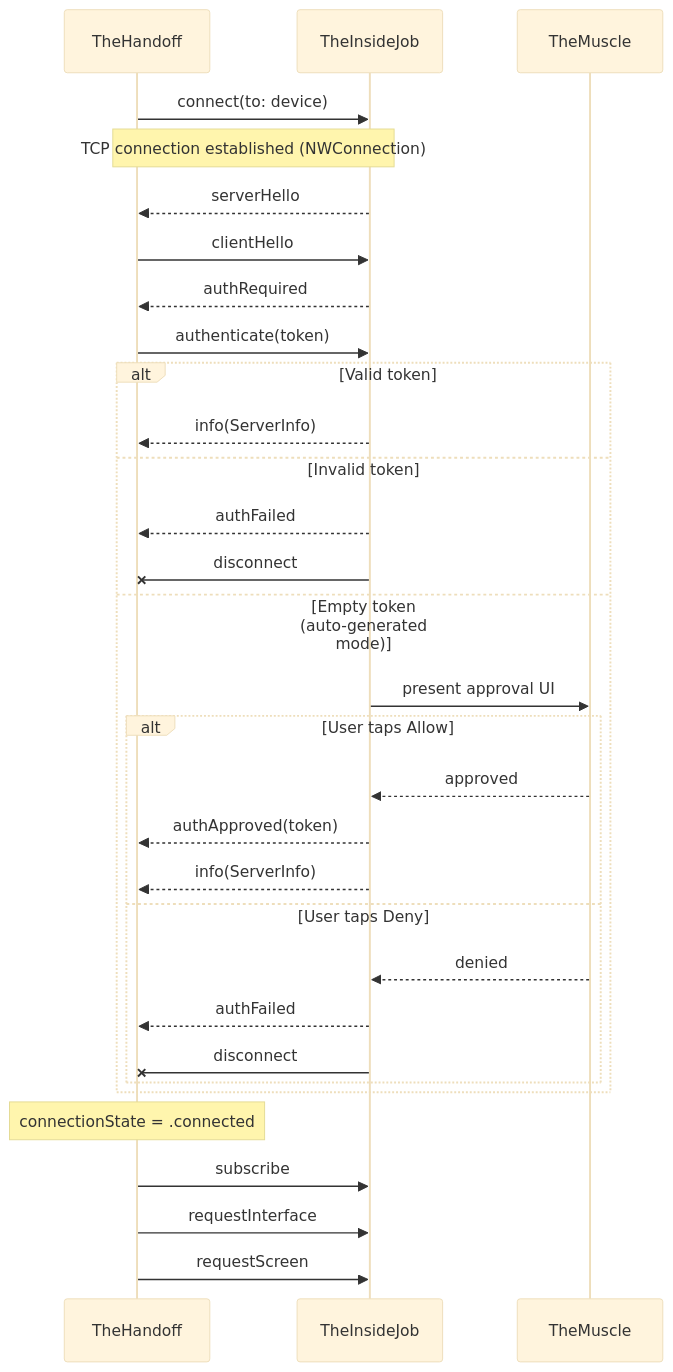
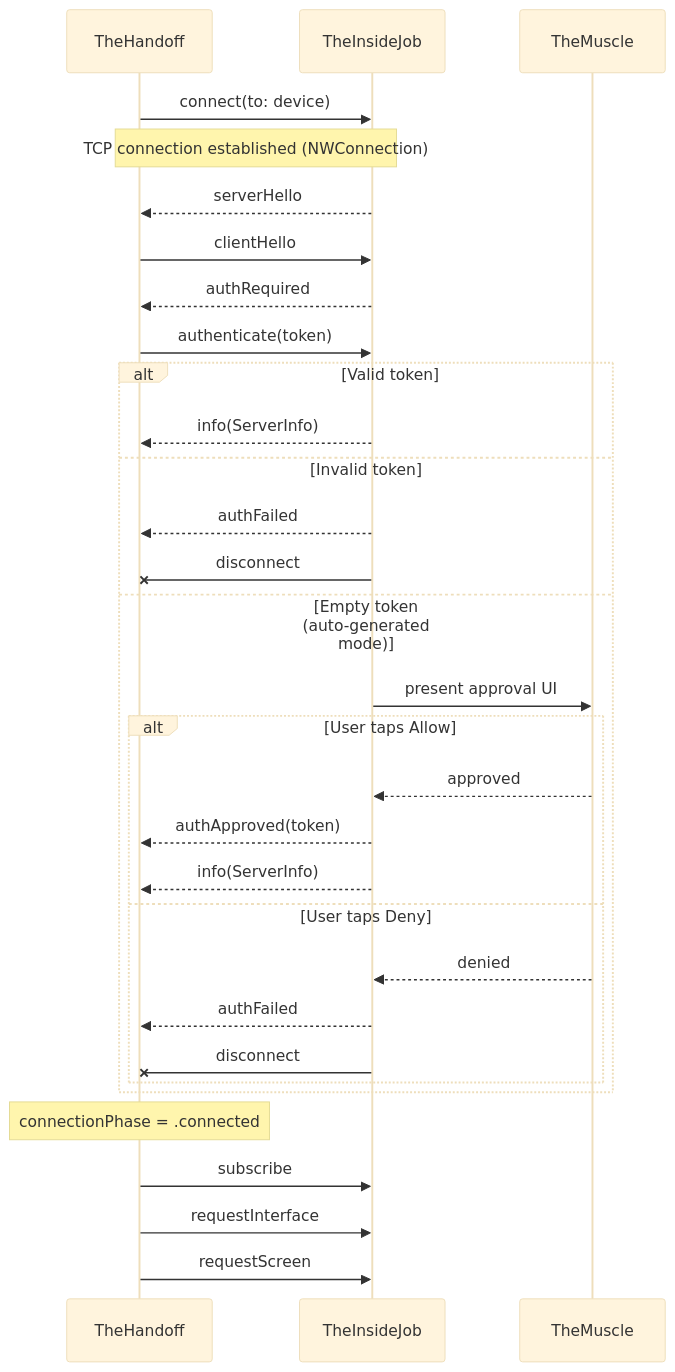
One commit to RoyalPineapple/TheButtonHeist changed the sixth of 10 diagrams in docs/ARCHITECTURE.md. Above: the diagram before and after it, drawn with Mermaid (base theme). The commit also changed 11 other files, not shown here.

````diff
--- a/docs/ARCHITECTURE.md
+++ b/docs/ARCHITECTURE.md
@@ -475,37 +475,37 @@
 ```mermaid
 sequenceDiagram
     participant HC as TheHandoff
     participant IJ as TheInsideJob
     participant TM as TheMuscle
 
     HC->>IJ: connect(to: device)
     Note over HC,IJ: TCP connection established (NWConnection)
     IJ-->>HC: serverHello
     HC->>IJ: clientHello
     IJ-->>HC: authRequired
 
     HC->>IJ: authenticate(token)
 
     alt Valid token
         IJ-->>HC: info(ServerInfo)
     else Invalid token
         IJ-->>HC: authFailed
         IJ-xHC: disconnect
     else Empty token (auto-generated mode)
         IJ->>TM: present approval UI
         alt User taps Allow
             TM-->>IJ: approved
             IJ-->>HC: authApproved(token)
             IJ-->>HC: info(ServerInfo)
         else User taps Deny
             TM-->>IJ: denied
             IJ-->>HC: authFailed
             IJ-xHC: disconnect
         end
     end
 
-    Note over HC: connectionState = .connected
+    Note over HC: connectionPhase = .connected
     HC->>IJ: subscribe
     HC->>IJ: requestInterface
     HC->>IJ: requestScreen
 ```
````
